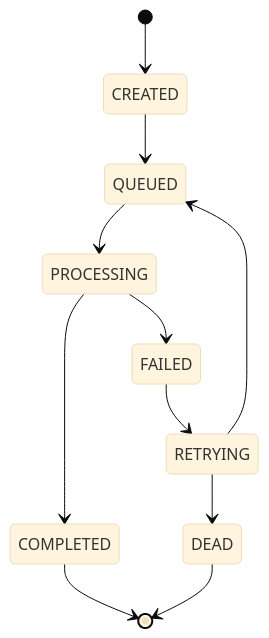
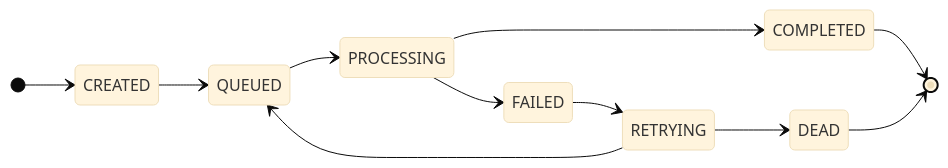
Before and after one commit to iRahmanG/Distributed-Job-Processing-Platform: the third of 5 diagrams in README.md, drawn with Mermaid (base theme). The commit also changed other lines of this file, not shown here.

First line of the commit message:
Refactor README with updated diagrams and features

````diff
--- a/README.md
+++ b/README.md
@@ -170,23 +169,20 @@
-```mermaid
+``` mermaid
 stateDiagram-v2
+    direction LR
 
     [*] --> CREATED
-
     CREATED --> QUEUED
-
     QUEUED --> PROCESSING
 
     PROCESSING --> COMPLETED
-
     PROCESSING --> FAILED
 
     FAILED --> RETRYING
-
     RETRYING --> QUEUED
-
     RETRYING --> DEAD
 
+    COMPLETED --> [*]
     DEAD --> [*]
 
-    COMPLETED --> [*]
+
 ```
````
